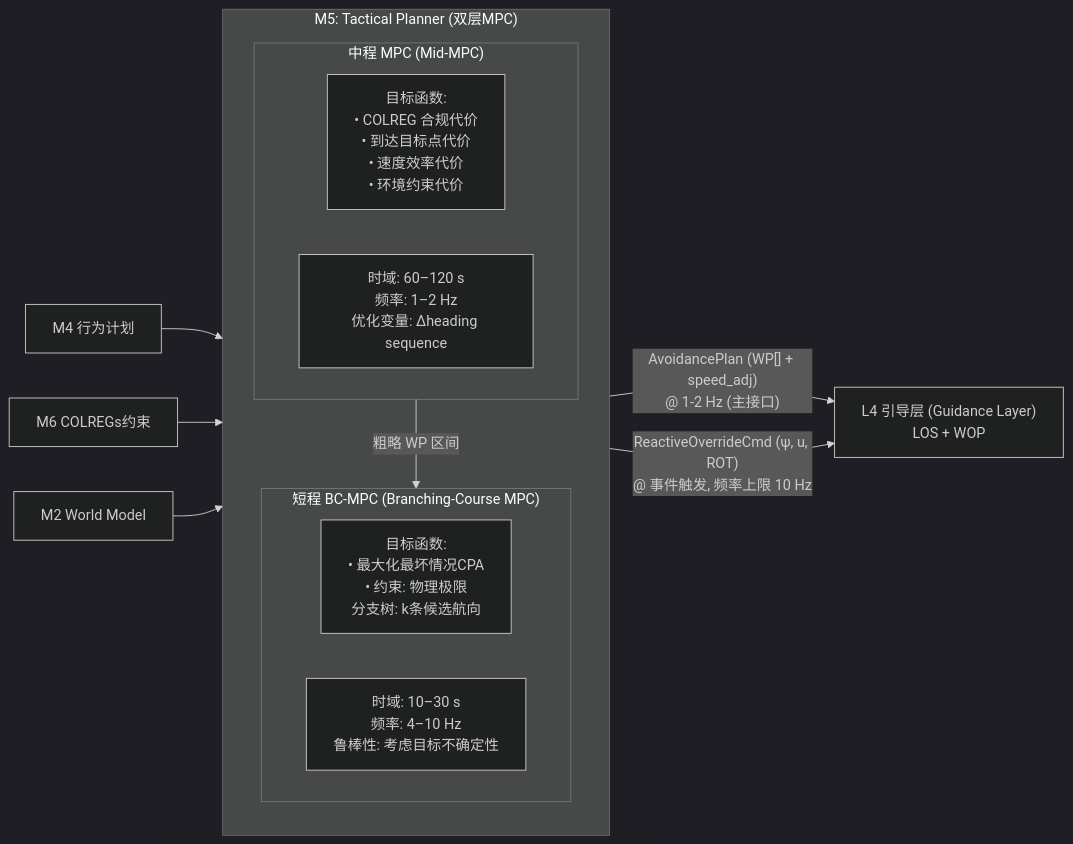
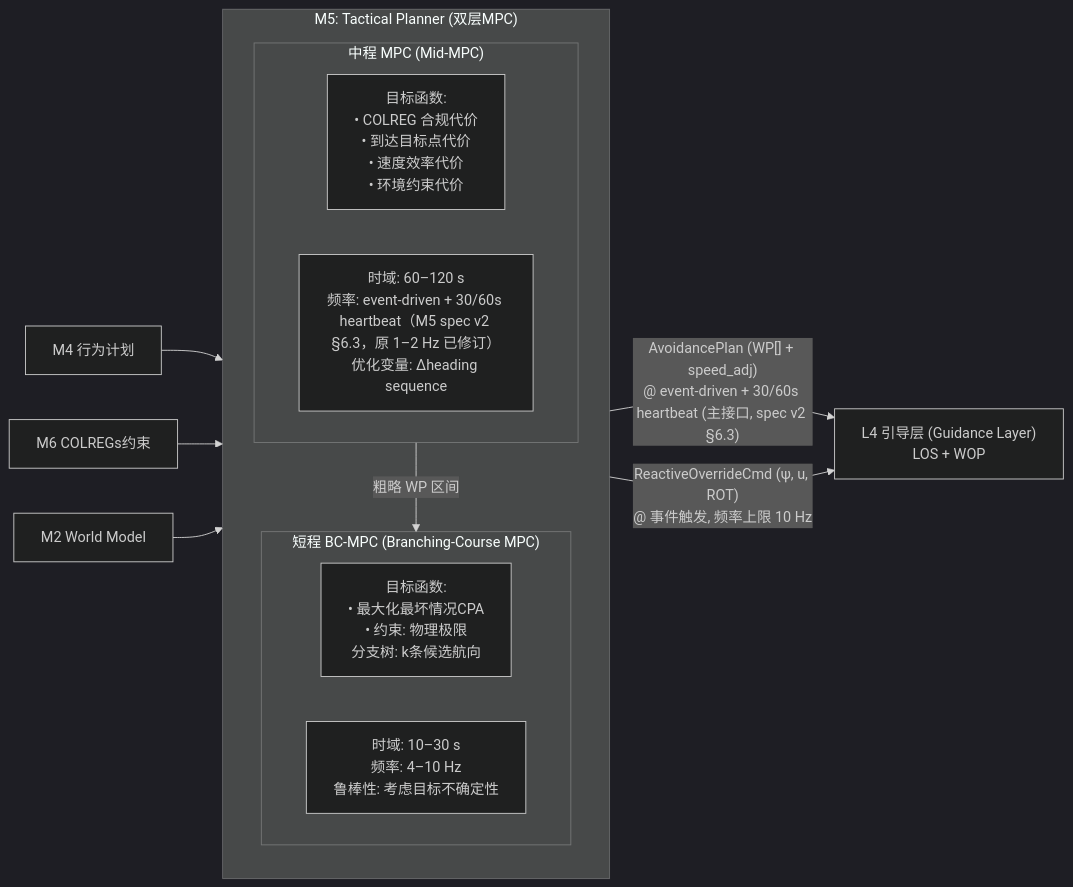
The eighth of 11 diagrams in docs/Design/Architecture Design/MASS_ADAS_L3_TDL_架构设计报告.md (marinehdk/MASS-TDL), drawn with Mermaid (dark theme) before and after one commit. The commit also changed other lines of this file and 2 other files, not shown here.

````diff
--- a/docs/Design/Architecture Design/MASS_ADAS_L3_TDL_架构设计报告.md
+++ b/docs/Design/Architecture Design/MASS_ADAS_L3_TDL_架构设计报告.md
@@ -874,21 +874,21 @@
 ```mermaid
 graph LR
     subgraph M5["M5: Tactical Planner (双层MPC)"]
         direction TB
         subgraph MID["中程 MPC (Mid-MPC)"]
             MID_OBJ["目标函数:\n• COLREG 合规代价\n• 到达目标点代价\n• 速度效率代价\n• 环境约束代价"]
-            MID_HOR["时域: 60–120 s\n频率: 1–2 Hz\n优化变量: Δheading sequence"]
+            MID_HOR["时域: 60–120 s\n频率: event-driven + 30/60s heartbeat（M5 spec v2 §6.3，原 1–2 Hz 已修订）\n优化变量: Δheading sequence"]
         end
         subgraph BC["短程 BC-MPC (Branching-Course MPC)"]
             BC_OBJ["目标函数:\n• 最大化最坏情况CPA\n• 约束: 物理极限\n分支树: k条候选航向"]
             BC_HOR["时域: 10–30 s\n频率: 4–10 Hz\n鲁棒性: 考虑目标不确定性"]
         end
     end
 
     M4["M4 行为计划"] --> MID
     M6["M6 COLREGs约束"] --> MID
     M2["M2 World Model"] --> BC
     MID -->|"粗略 WP 区间"| BC
-    MID -->|"AvoidancePlan (WP[] + speed_adj)\n@ 1-2 Hz (主接口)"| L4["L4 引导层 (Guidance Layer)\nLOS + WOP"]
+    MID -->|"AvoidancePlan (WP[] + speed_adj)\n@ event-driven + 30/60s heartbeat (主接口, spec v2 §6.3)"| L4["L4 引导层 (Guidance Layer)\nLOS + WOP"]
     BC -->|"ReactiveOverrideCmd (ψ, u, ROT)\n@ 事件触发, 频率上限 10 Hz"| L4
 ```
````
